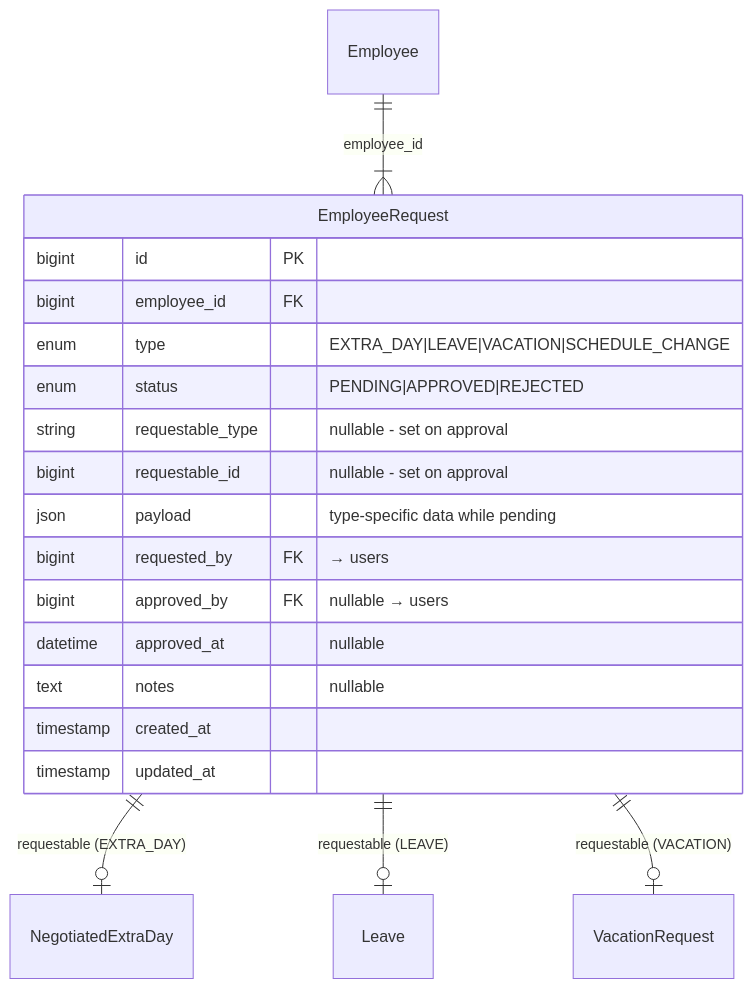
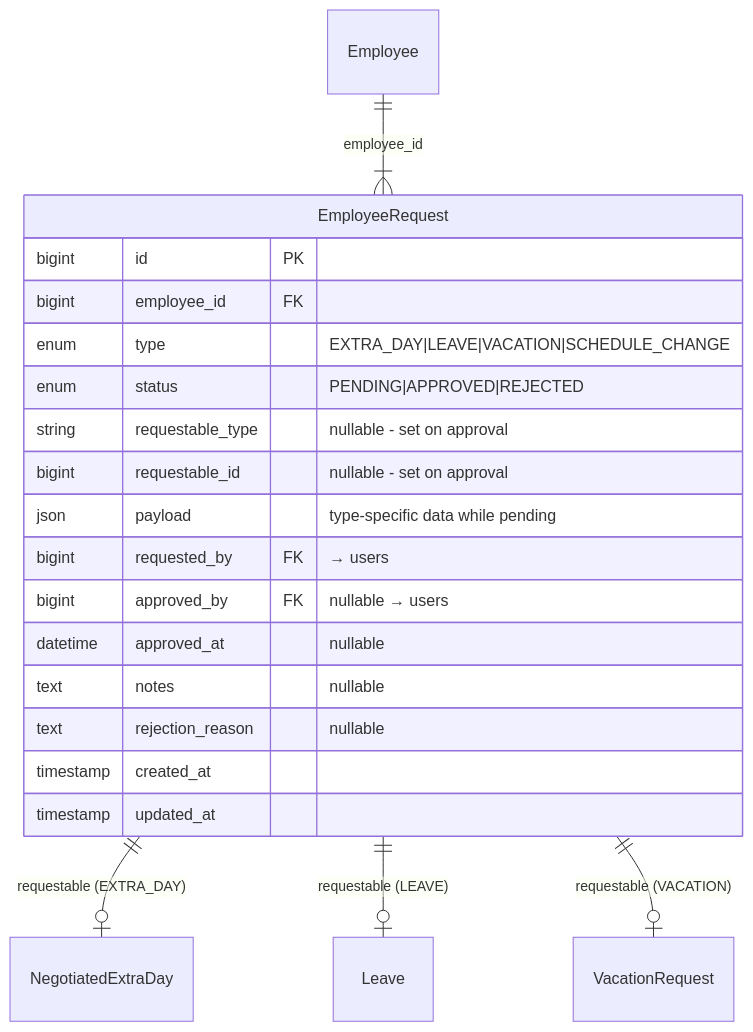
Before and after one commit to pakodiazdev/sushigo: the seventh of 20 diagrams in doc/modules/attendance-payroll/attendance-payroll-domain-model.en.md, drawn with Mermaid. The commit also changed other lines of this file and 3 other files, not shown here.

First line of the commit message:
📚 [#126] - Update domain model and task docs for rejection_reason 📐

````diff
--- a/doc/modules/attendance-payroll/attendance-payroll-domain-model.en.md
+++ b/doc/modules/attendance-payroll/attendance-payroll-domain-model.en.md
@@ -369,23 +371,24 @@
 ```mermaid
 erDiagram
     Employee ||--|{ EmployeeRequest : "employee_id"
     EmployeeRequest ||--o| NegotiatedExtraDay : "requestable (EXTRA_DAY)"
     EmployeeRequest ||--o| Leave : "requestable (LEAVE)"
     EmployeeRequest ||--o| VacationRequest : "requestable (VACATION)"
 
     EmployeeRequest {
         bigint id PK
         bigint employee_id FK
         enum type "EXTRA_DAY|LEAVE|VACATION|SCHEDULE_CHANGE"
         enum status "PENDING|APPROVED|REJECTED"
         string requestable_type "nullable - set on approval"
         bigint requestable_id "nullable - set on approval"
         json payload "type-specific data while pending"
         bigint requested_by FK "→ users"
         bigint approved_by FK "nullable → users"
         datetime approved_at "nullable"
         text notes "nullable"
+        text rejection_reason "nullable"
         timestamp created_at
         timestamp updated_at
     }
 ```
````
